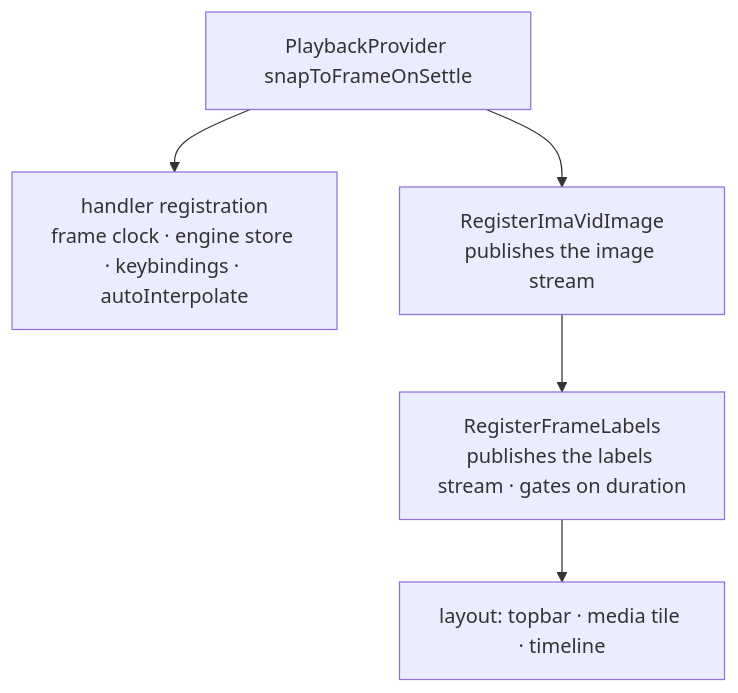
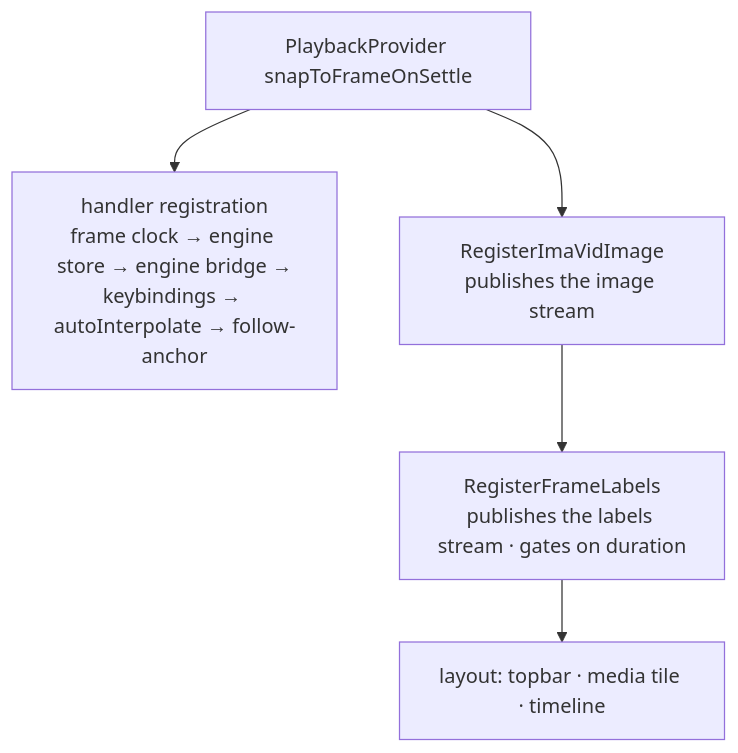
The fourth of 5 diagrams in app/packages/video-annotation/README.md (voxel51/fiftyone), drawn with Mermaid before and after one commit. The commit also changed other lines of this file, not shown here.

Commit message:
docs(video-annotation): rewrite the README for the engine-based architecture

````diff
--- a/app/packages/video-annotation/README.md
+++ b/app/packages/video-annotation/README.md
@@ -156,11 +182,11 @@
 ```mermaid
 flowchart TB
     PP[PlaybackProvider snapToFrameOnSettle]
-    HR[handler registration<br/>frame clock · engine store · keybindings · autoInterpolate]
+    HR[handler registration<br/>frame clock → engine store → engine bridge →<br/>keybindings → autoInterpolate → follow-anchor]
     RIV[RegisterImaVidImage<br/>publishes the image stream]
     RFL[RegisterFrameLabels<br/>publishes the labels stream · gates on duration]
     LAYOUT[layout: topbar · media tile · timeline]
 
     PP --> HR
     PP --> RIV --> RFL --> LAYOUT
 ```
````
